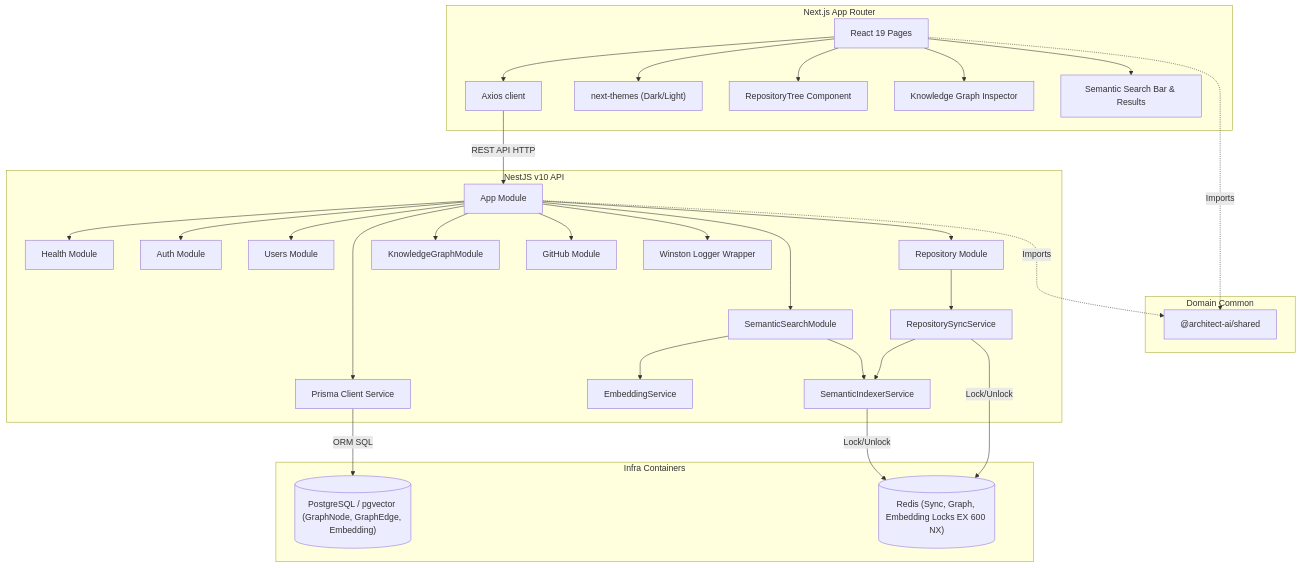
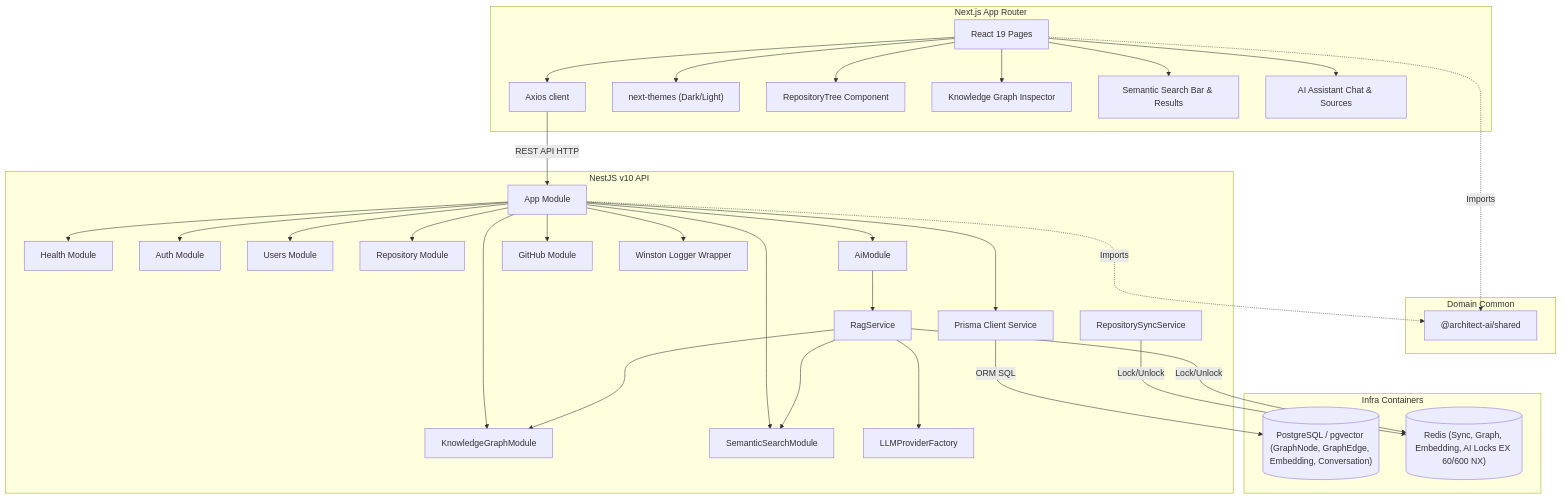
One commit to TROJAN1HAMMER/ArchitectureAI changed the diagram in README.md. Above: the diagram before and after it, drawn with Mermaid. The commit also changed other lines of this file and 40 other files, not shown here.

````diff
--- a/README.md
+++ b/README.md
@@ -49,64 +50,69 @@
 ```mermaid
 graph TD
     subgraph Frontend ["Next.js App Router"]
         UI["React 19 Pages"]
         Axios["Axios client"]
         Theme["next-themes (Dark/Light)"]
         TreeUI["RepositoryTree Component"]
         GraphUI["Knowledge Graph Inspector"]
         SearchUI["Semantic Search Bar & Results"]
+        AIChatUI["AI Assistant Chat & Sources"]
+
         UI --> Axios
         UI --> Theme
         UI --> TreeUI
         UI --> GraphUI
         UI --> SearchUI
+        UI --> AIChatUI
     end
 
     subgraph Shared ["Domain Common"]
         SharedLib["@architect-ai/shared"]
     end
 
     subgraph Backend ["NestJS v10 API"]
         App["App Module"]
         Health["Health Module"]
         Auth["Auth Module"]
         Users["Users Module"]
         Repo["Repository Module"]
         RepoSync["RepositorySyncService"]
         GraphModule["KnowledgeGraphModule"]
         SemanticSearchModule["SemanticSearchModule"]
-        SemanticIndexer["SemanticIndexerService"]
-        EmbeddingService["EmbeddingService"]
+        AiModule["AiModule"]
+        RagService["RagService"]
+        LLMFactory["LLMProviderFactory"]
         GitHub["GitHub Module"]
         PrismaService["Prisma Client Service"]
         LoggerService["Winston Logger Wrapper"]
 
         App --> Health
         App --> Auth
         App --> Users
         App --> Repo
         App --> GraphModule
         App --> SemanticSearchModule
+        App --> AiModule
         App --> GitHub
         App --> PrismaService
         App --> LoggerService
 
-        Repo --> RepoSync
-        RepoSync --> SemanticIndexer
-        SemanticSearchModule --> SemanticIndexer
-        SemanticSearchModule --> EmbeddingService
+        AiModule --> RagService
+        RagService --> LLMFactory
+        RagService --> SemanticSearchModule
+        RagService --> GraphModule
     end
 
     subgraph Persistence ["Infra Containers"]
-        Postgres[("PostgreSQL / pgvector (GraphNode, GraphEdge, Embedding)")]
-        Redis[("Redis (Sync, Graph, Embedding Locks EX 600 NX)")]
+        Postgres[("PostgreSQL / pgvector (GraphNode, GraphEdge, Embedding, Conversation)")]
+        Redis[("Redis (Sync, Graph, Embedding, AI Locks EX 60/600 NX)")]
     end
 
     Axios -->|REST API HTTP| App
     PrismaService -->|ORM SQL| Postgres
     RepoSync -->|Lock/Unlock| Redis
-    SemanticIndexer -->|Lock/Unlock| Redis
+    RagService -->|Lock/Unlock| Redis
 
     UI -..->|Imports| SharedLib
     App -..->|Imports| SharedLib
 ```
````
